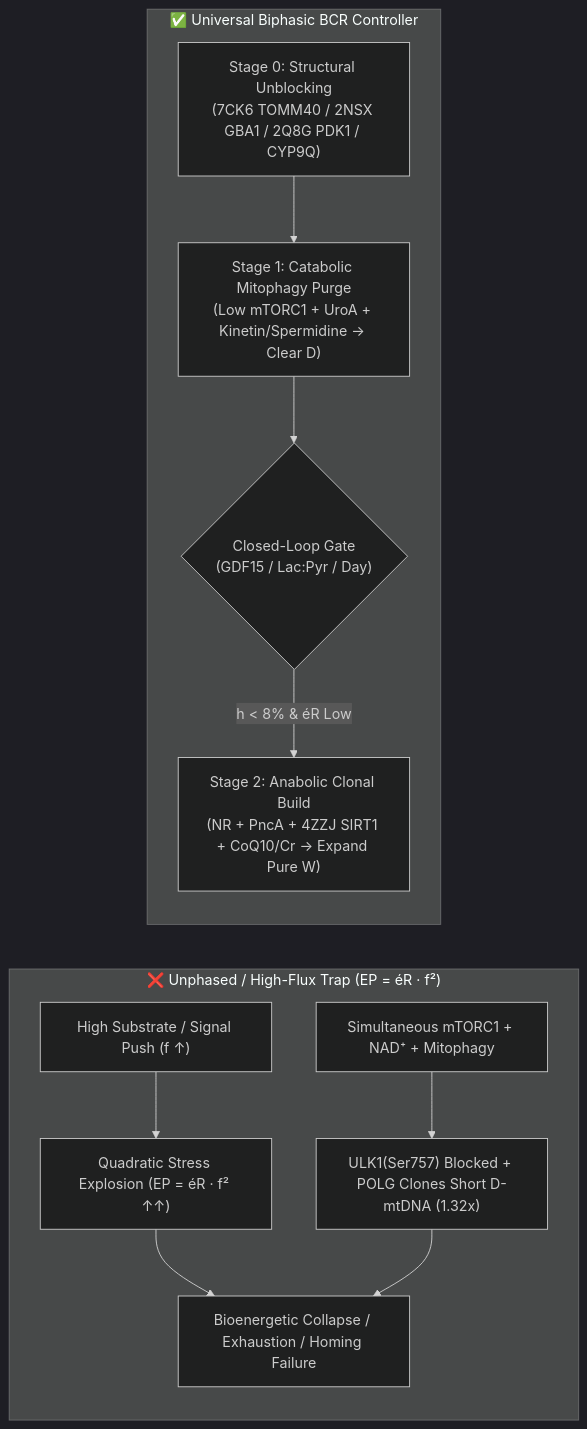
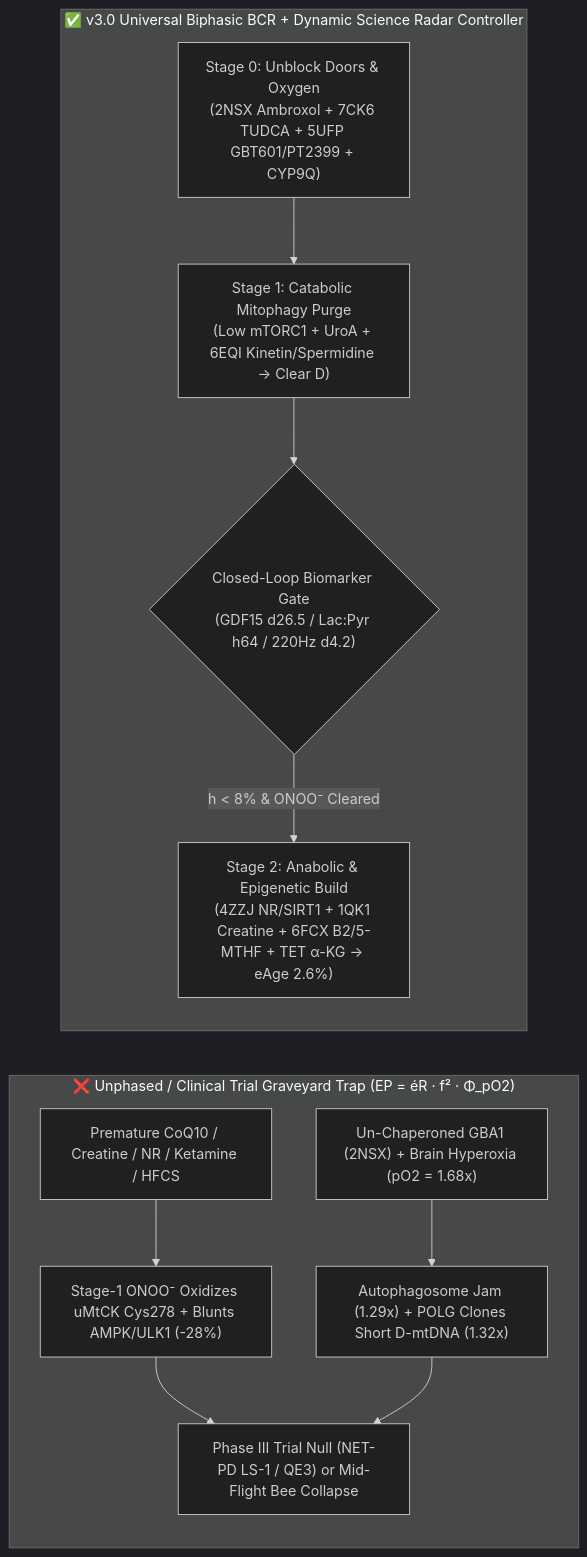
One commit to deesatzed/mitorestorer changed the diagram in docs/academic_manuscript_bcr.md. Above: the diagram before and after it, drawn with Mermaid (dark theme). The commit also changed other lines of this file and 2 other files, not shown here.

Commit message:
docs(v3.0): upgrade academic manuscript & showpiece hub with Discoveries 9-11, 10-trial PD audit, 8-practice Apiary audit, and 24/24 verification

````diff
--- a/docs/academic_manuscript_bcr.md
+++ b/docs/academic_manuscript_bcr.md
@@ -33,15 +35,15 @@
 ```mermaid
 flowchart LR
-    subgraph Trap["❌ Unphased / High-Flux Trap (EP = éR · f²)"]
-        A1["High Substrate / Signal Push (f ↑)"] --> A2["Quadratic Stress Explosion (EP = éR · f² ↑↑)"]
-        A3["Simultaneous mTORC1 + NAD⁺ + Mitophagy"] --> A4["ULK1(Ser757) Blocked + POLG Clones Short D-mtDNA (1.32x)"]
-        A2 --> A5["Bioenergetic Collapse / Exhaustion / Homing Failure"]
+    subgraph Trap["❌ Unphased / Clinical Trial Graveyard Trap (EP = éR · f² · Φ_pO2)"]
+        A1["Premature CoQ10 / Creatine / NR / Ketamine / HFCS"] --> A2["Stage-1 ONOO⁻ Oxidizes uMtCK Cys278 + Blunts AMPK/ULK1 (-28%)"]
+        A3["Un-Chaperoned GBA1 (2NSX) + Brain Hyperoxia (pO2 = 1.68x)"] --> A4["Autophagosome Jam (1.29x) + POLG Clones Short D-mtDNA (1.32x)"]
+        A2 --> A5["Phase III Trial Null (NET-PD LS-1 / QE3) or Mid-Flight Bee Collapse"]
         A4 --> A5
     end
 
-    subgraph BCR["✅ Universal Biphasic BCR Controller"]
-        B0["Stage 0: Structural Unblocking\n(7CK6 TOMM40 / 2NSX GBA1 / 2Q8G PDK1 / CYP9Q)"] --> B1["Stage 1: Catabolic Mitophagy Purge\n(Low mTORC1 + UroA + Kinetin/Spermidine → Clear D)"]
-        B1 --> BG{"Closed-Loop Gate\n(GDF15 / Lac:Pyr / Day)"}
-        BG -->|"h < 8% & éR Low"| B2["Stage 2: Anabolic Clonal Build\n(NR + PncA + 4ZZJ SIRT1 + CoQ10/Cr → Expand Pure W)"]
+    subgraph BCR["✅ v3.0 Universal Biphasic BCR + Dynamic Science Radar Controller"]
+        B0["Stage 0: Unblock Doors & Oxygen\n(2NSX Ambroxol + 7CK6 TUDCA + 5UFP GBT601/PT2399 + CYP9Q)"] --> B1["Stage 1: Catabolic Mitophagy Purge\n(Low mTORC1 + UroA + 6EQI Kinetin/Spermidine → Clear D)"]
+        B1 --> BG{"Closed-Loop Biomarker Gate\n(GDF15 d26.5 / Lac:Pyr h64 / 220Hz d4.2)"}
+        BG -->|"h < 8% & ONOO⁻ Cleared"| B2["Stage 2: Anabolic & Epigenetic Build\n(4ZZJ NR/SIRT1 + 1QK1 Creatine + 6FCX B2/5-MTHF + TET α-KG → eAge 2.6%)"]
     end
 ```
````
